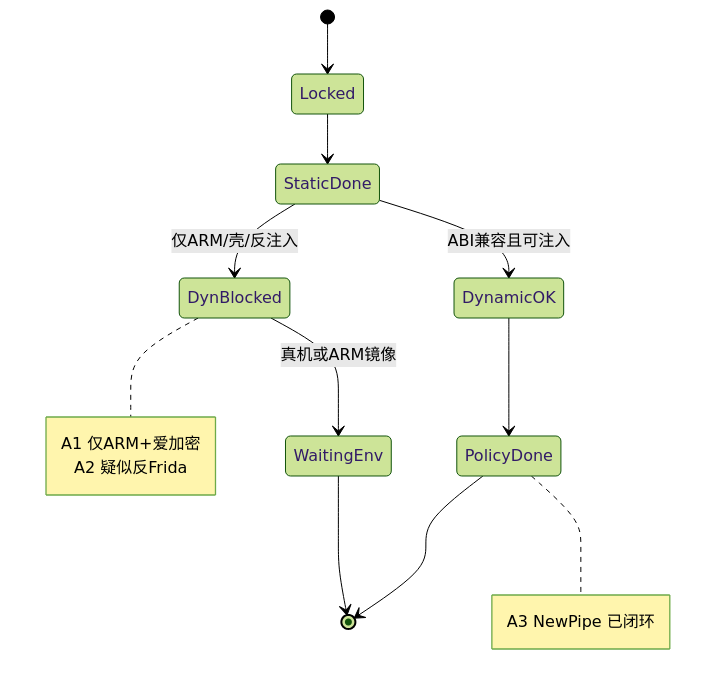
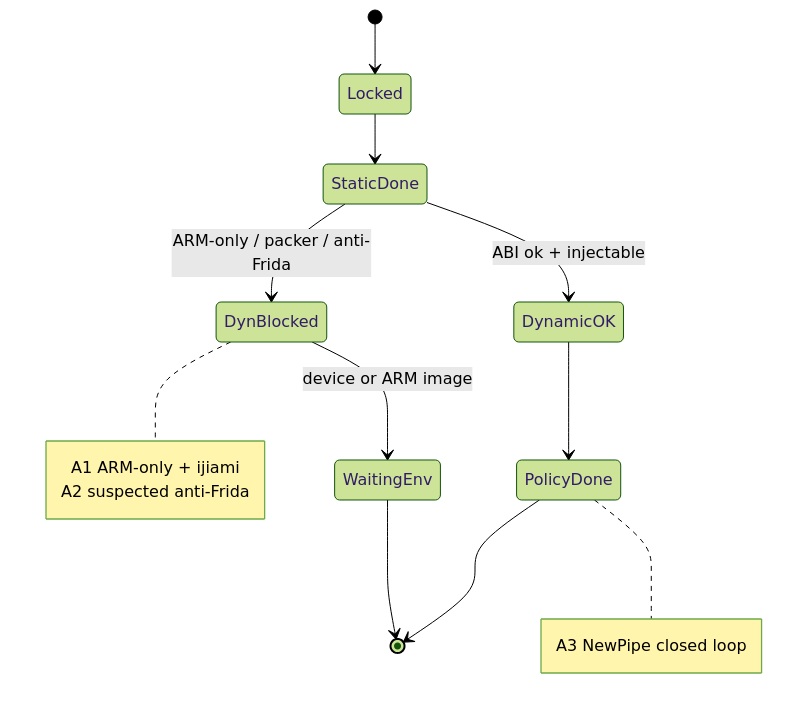
Before and after one commit to ConradLu2740/app-privacy-audit: the fourth of 4 diagrams in README.md, drawn with Mermaid (forest theme). The commit also changed other lines of this file and 1 other file, not shown here.

````diff
--- a/README.md
+++ b/README.md
@@ -155,19 +157,19 @@
 ```mermaid
 stateDiagram-v2
   [*] --> Locked
   Locked --> StaticDone
-  StaticDone --> DynamicOK: ABI兼容且可注入
-  StaticDone --> DynBlocked: 仅ARM/壳/反注入
+  StaticDone --> DynamicOK: ABI ok + injectable
+  StaticDone --> DynBlocked: ARM-only / packer / anti-Frida
   DynamicOK --> PolicyDone
-  DynBlocked --> WaitingEnv: 真机或ARM镜像
+  DynBlocked --> WaitingEnv: device or ARM image
   PolicyDone --> [*]
   WaitingEnv --> [*]
 
   note right of DynBlocked
-    A1 仅ARM+爱加密
-    A2 疑似反Frida
+    A1 ARM-only + ijiami
+    A2 suspected anti-Frida
   end note
   note right of PolicyDone
-    A3 NewPipe 已闭环
+    A3 NewPipe closed loop
   end note
 ```
````
